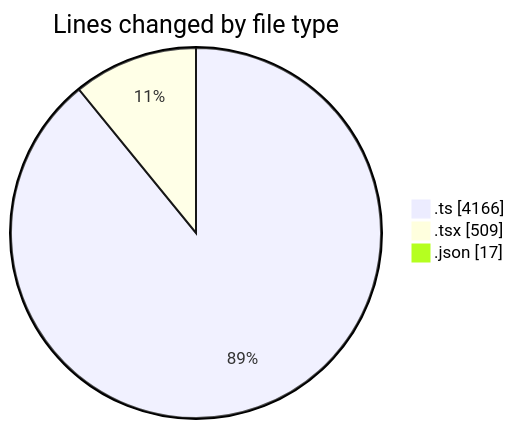
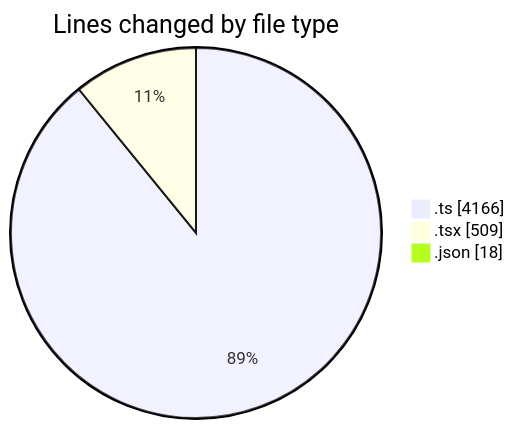
The first of 2 diagrams in 2025-11-28/cda/README.md (momahboobian/code-tracking), drawn with Mermaid before and after one commit. The commit also changed other lines of this file and 1 other file, not shown here.

````diff
--- a/2025-11-28/cda/README.md
+++ b/2025-11-28/cda/README.md
@@ -25,7 +25,7 @@
 ```mermaid
 pie showData
 title Lines changed by file type
 ".ts" : 4166
 ".tsx" : 509
-".json" : 17
+".json" : 18
 ```
````
